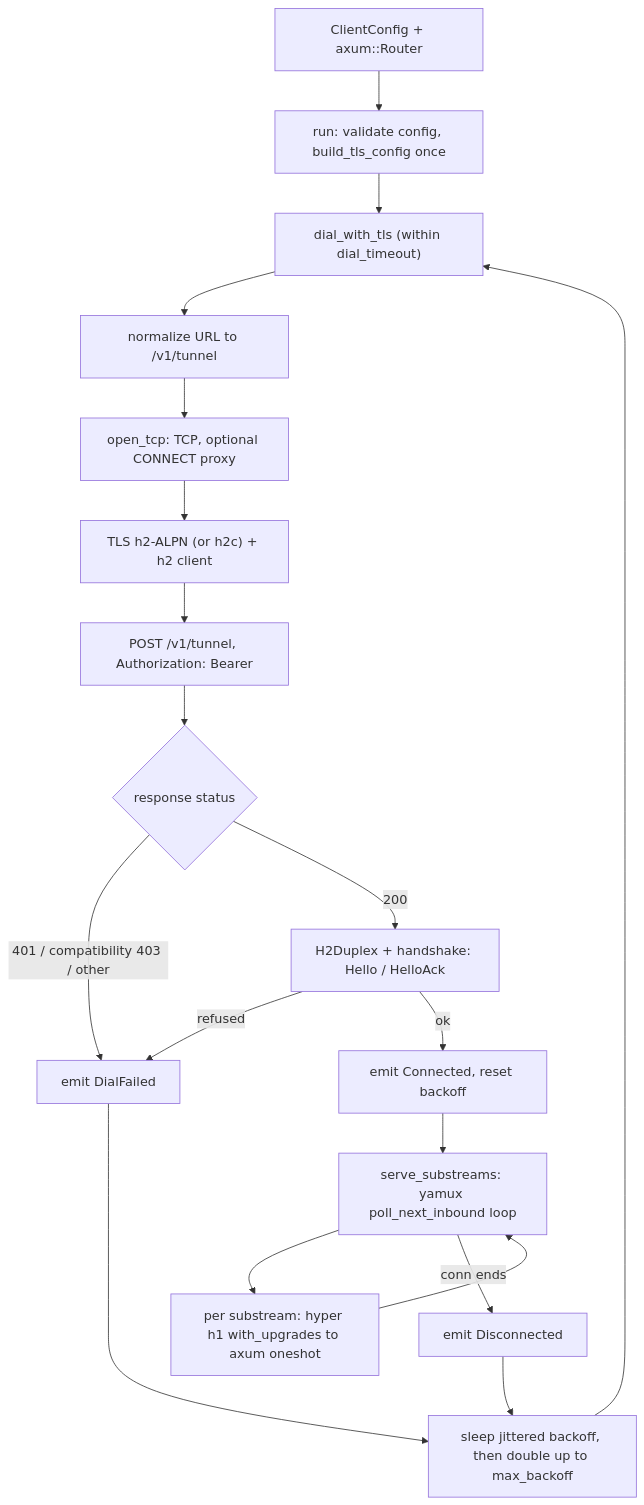
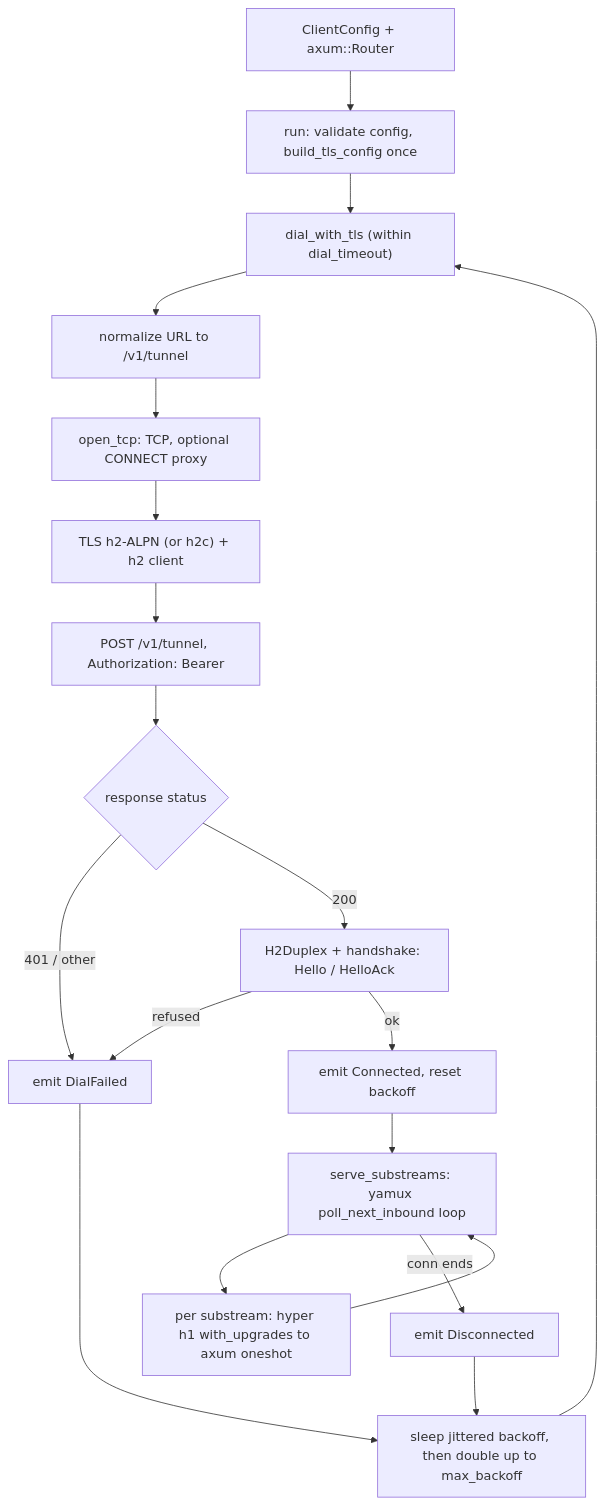
One commit to fiorix/chan changed the diagram in crates/chan-tunnel-client/design.md. Above: the diagram before and after it, drawn with Mermaid. The commit also changed other lines of this file and 6 other files, not shown here.

````diff
--- a/crates/chan-tunnel-client/design.md
+++ b/crates/chan-tunnel-client/design.md
@@ -34,21 +34,21 @@
 ```mermaid
 flowchart TD
     Cfg["ClientConfig + axum::Router"] --> Run["run: validate config, build_tls_config once"]
     Run --> Dial["dial_with_tls (within dial_timeout)"]
     Dial --> Norm["normalize URL to /v1/tunnel"]
     Norm --> Tcp["open_tcp: TCP, optional CONNECT proxy"]
     Tcp --> Conn["TLS h2-ALPN (or h2c) + h2 client"]
     Conn --> Post["POST /v1/tunnel, Authorization: Bearer"]
     Post --> Status{"response status"}
-    Status -->|"401 / compatibility 403 / other"| Failed["emit DialFailed"]
+    Status -->|"401 / other"| Failed["emit DialFailed"]
     Status -->|200| Hs["H2Duplex + handshake: Hello / HelloAck"]
     Hs -->|refused| Failed
     Hs -->|ok| Reg["emit Connected, reset backoff"]
     Reg --> Serve["serve_substreams: yamux poll_next_inbound loop"]
     Serve --> Sub["per substream: hyper h1 with_upgrades to axum oneshot"]
     Sub --> Serve
     Serve -->|"conn ends"| Disc["emit Disconnected"]
     Failed --> Sleep["sleep jittered backoff, then double up to max_backoff"]
     Disc --> Sleep
     Sleep --> Dial
 ```
````
